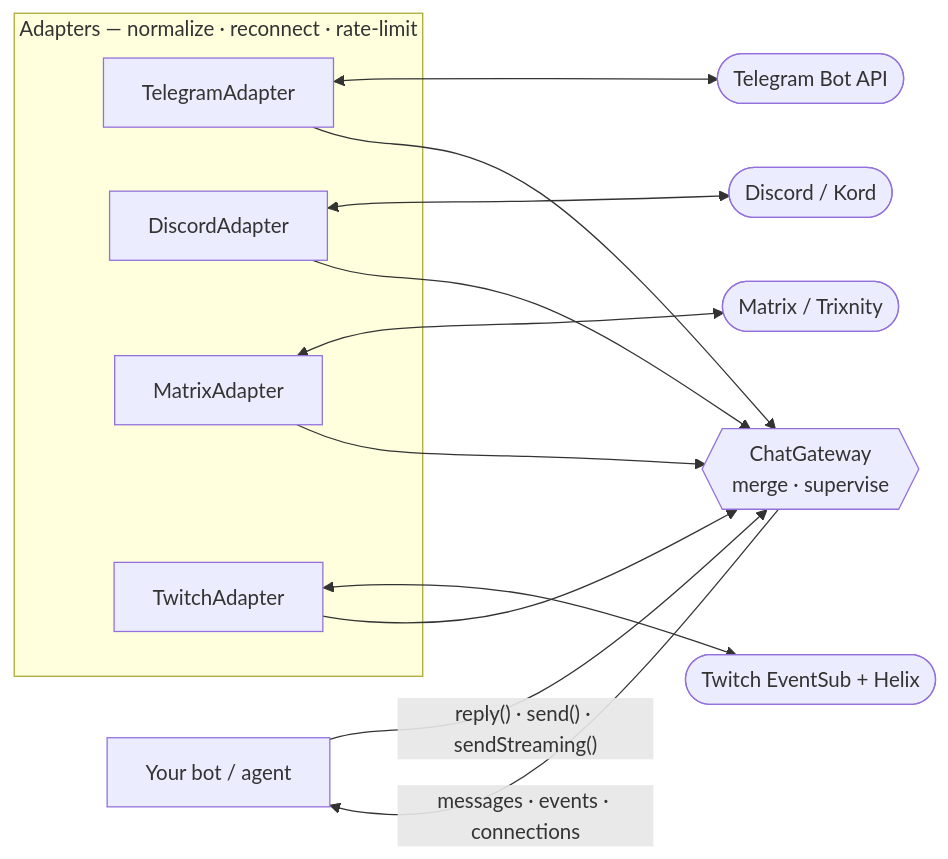
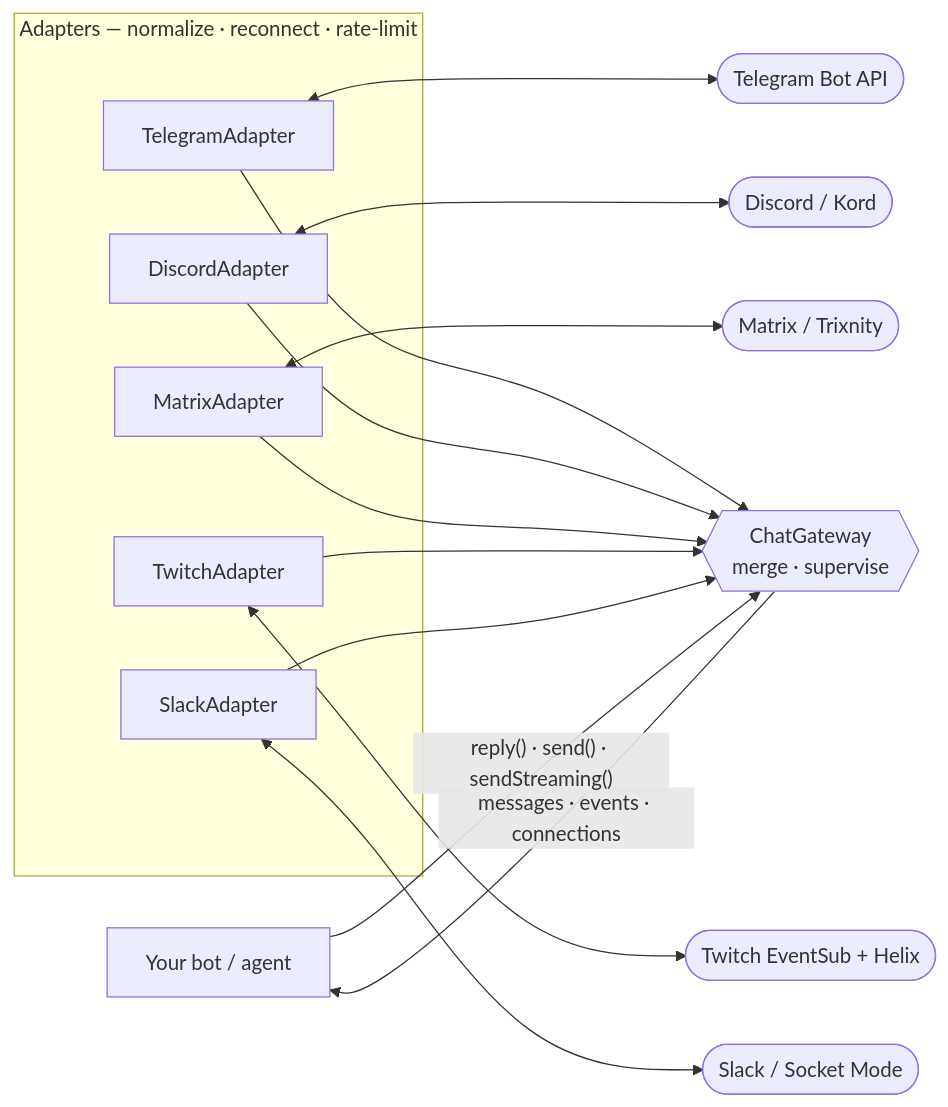
The first of 3 diagrams in README.md (inemtsev/kurier), drawn with Mermaid before and after one commit. The commit also changed other lines of this file and 4 other files, not shown here.

````diff
--- a/README.md
+++ b/README.md
@@ -57,25 +63,28 @@
 ```mermaid
 flowchart LR
     APP["Your bot / agent"]
     GW{{"ChatGateway<br/>merge · supervise"}}
 
     subgraph ADAPTERS["Adapters — normalize · reconnect · rate-limit"]
         A1["TelegramAdapter"]
         A2["DiscordAdapter"]
         A3["MatrixAdapter"]
         A4["TwitchAdapter"]
+        A5["SlackAdapter"]
     end
 
     A1 <--> P1(["Telegram Bot API"])
     A2 <--> P2(["Discord / Kord"])
     A3 <--> P3(["Matrix / Trixnity"])
     A4 <--> P4(["Twitch EventSub + Helix"])
+    A5 <--> P5(["Slack / Socket Mode"])
 
     A1 --> GW
     A2 --> GW
     A3 --> GW
     A4 --> GW
+    A5 --> GW
 
     GW -->|"messages · events · connections"| APP
     APP -->|"reply() · send() · sendStreaming()"| GW
 ```
````
